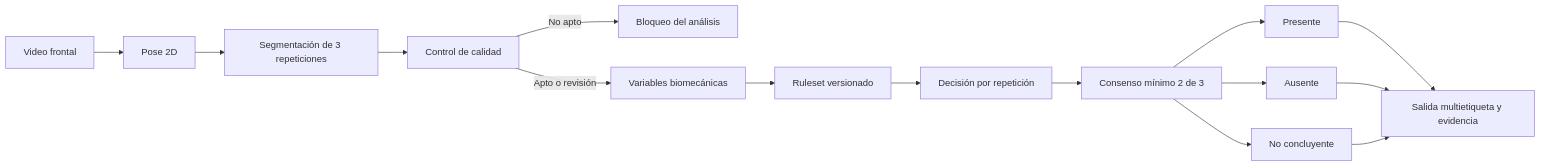
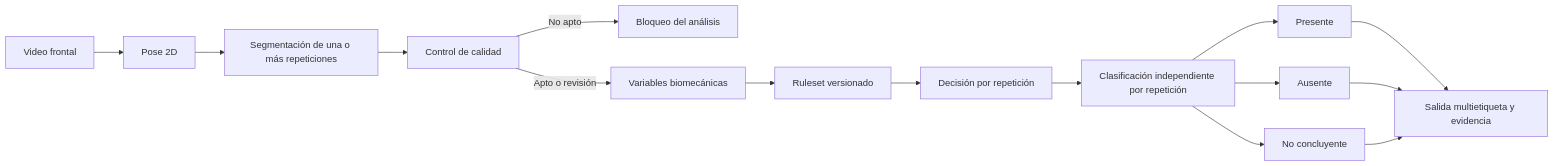
One commit to chap0308/sistema-biomecanico changed the first of 2 diagrams in docs/evidencia_objetivo_3_criterios_interpretables.md. Above: the diagram before and after it, drawn with Mermaid. The commit also changed other lines of this file and 44 other files, not shown here.

````diff
--- a/docs/evidencia_objetivo_3_criterios_interpretables.md
+++ b/docs/evidencia_objetivo_3_criterios_interpretables.md
@@ -34,17 +34,17 @@
 ```mermaid
 flowchart LR
     A["Video frontal"] --> B["Pose 2D"]
-    B --> C["Segmentación de 3 repeticiones"]
+    B --> C["Segmentación de una o más repeticiones"]
     C --> D["Control de calidad"]
     D -->|"No apto"| E["Bloqueo del análisis"]
     D -->|"Apto o revisión"| F["Variables biomecánicas"]
     F --> G["Ruleset versionado"]
     G --> H["Decisión por repetición"]
-    H --> I["Consenso mínimo 2 de 3"]
+    H --> I["Clasificación independiente por repetición"]
     I --> J["Presente"]
     I --> K["Ausente"]
     I --> L["No concluyente"]
     J --> M["Salida multietiqueta y evidencia"]
     K --> M
     L --> M
 ```
````
